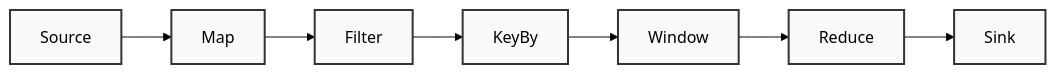
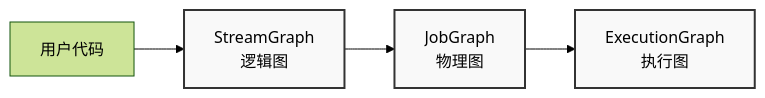
Before and after one commit to 312268112/advanced-java: the third of 15 diagrams in pipeline-framework-design.md, drawn with Mermaid (forest theme). The commit also changed other lines of this file, not shown here.

````diff
--- a/pipeline-framework-design.md
+++ b/pipeline-framework-design.md
@@ -100,17 +96,10 @@
 ```mermaid
 graph LR
-    Source[Source] --> Map[Map]
-    Map --> Filter[Filter]
-    Filter --> KeyBy[KeyBy]
-    KeyBy --> Window[Window]
-    Window --> Reduce[Reduce]
-    Reduce --> Sink[Sink]
+    A[用户代码] --> B[StreamGraph<br/>逻辑图]
+    B --> C[JobGraph<br/>物理图]
+    C --> D[ExecutionGraph<br/>执行图]
     
-    style Source fill:#f9f9f9,stroke:#333,stroke-width:2px
-    style Map fill:#f9f9f9,stroke:#333,stroke-width:2px
-    style Filter fill:#f9f9f9,stroke:#333,stroke-width:2px
-    style KeyBy fill:#f9f9f9,stroke:#333,stroke-width:2px
-    style Window fill:#f9f9f9,stroke:#333,stroke-width:2px
-    style Reduce fill:#f9f9f9,stroke:#333,stroke-width:2px
-    style Sink fill:#f9f9f9,stroke:#333,stroke-width:2px
+    style B fill:#f9f9f9,stroke:#333,stroke-width:2px
+    style C fill:#f9f9f9,stroke:#333,stroke-width:2px
+    style D fill:#f9f9f9,stroke:#333,stroke-width:2px
 ```
````
